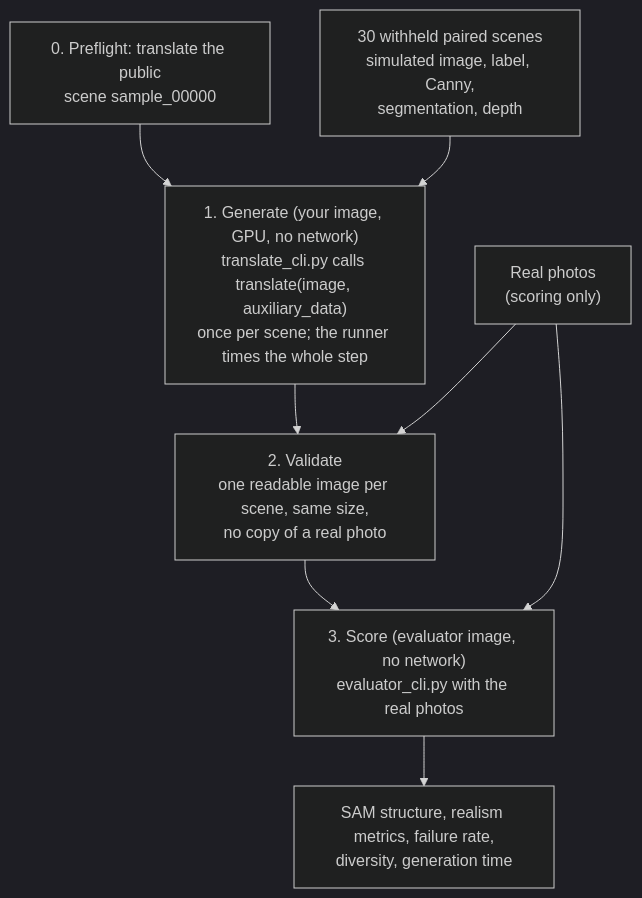
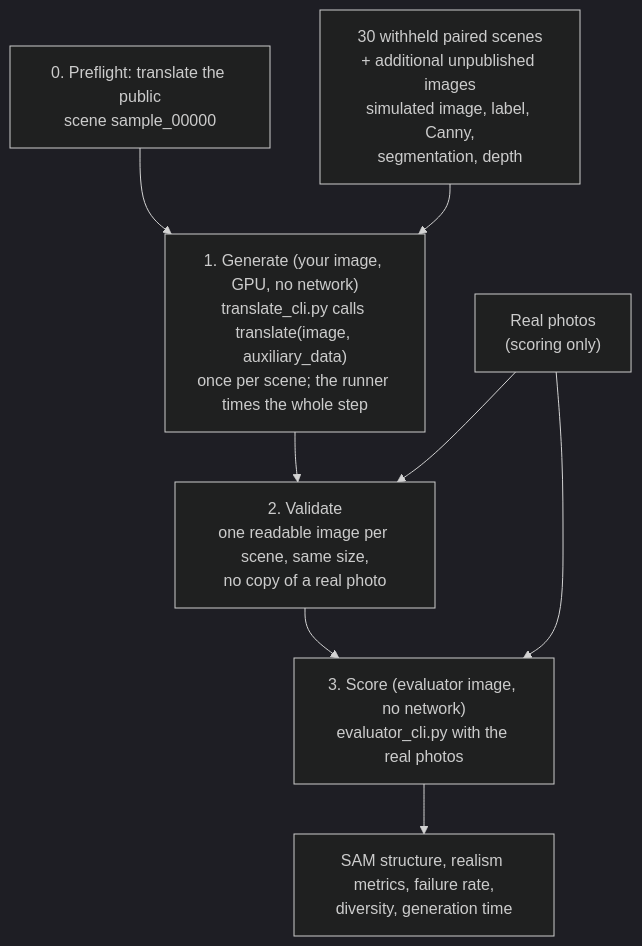
The second of 3 diagrams in EVALUATION_GUIDE.md (isu-challenge/Starterkit-ICSE-2027), drawn with Mermaid (dark theme) before and after one commit. The commit also changed other lines of this file and 4 other files, not shown here.

````diff
--- a/EVALUATION_GUIDE.md
+++ b/EVALUATION_GUIDE.md
@@ -70,10 +70,10 @@
 ```mermaid
 flowchart TB
   F["0. Preflight: translate the public<br/>scene sample_00000"] --> G
-  S["30 withheld paired scenes<br/>simulated image, label, Canny,<br/>segmentation, depth"] --> G["1. Generate (your image, GPU, no network)<br/>translate_cli.py calls translate(image, auxiliary_data)<br/>once per scene; the runner times the whole step"]
+  S["30 withheld paired scenes<br/>+ additional unpublished images<br/>simulated image, label, Canny,<br/>segmentation, depth"] --> G["1. Generate (your image, GPU, no network)<br/>translate_cli.py calls translate(image, auxiliary_data)<br/>once per scene; the runner times the whole step"]
   G --> V["2. Validate<br/>one readable image per scene, same size,<br/>no copy of a real photo"]
   V --> E["3. Score (evaluator image, no network)<br/>evaluator_cli.py with the real photos"]
   R["Real photos<br/>(scoring only)"] --> V
   R --> E
   E --> M["SAM structure, realism metrics, failure rate,<br/>diversity, generation time"]
 ```
````
